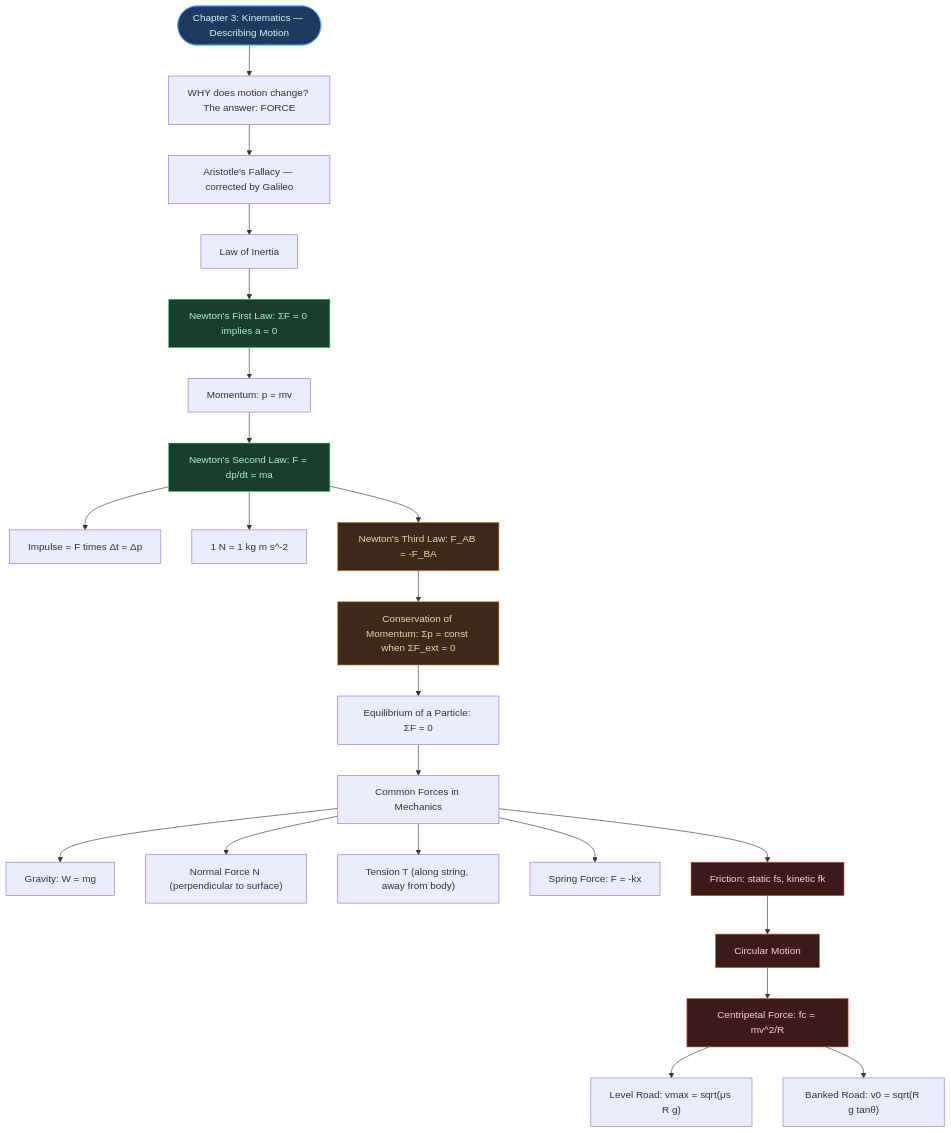
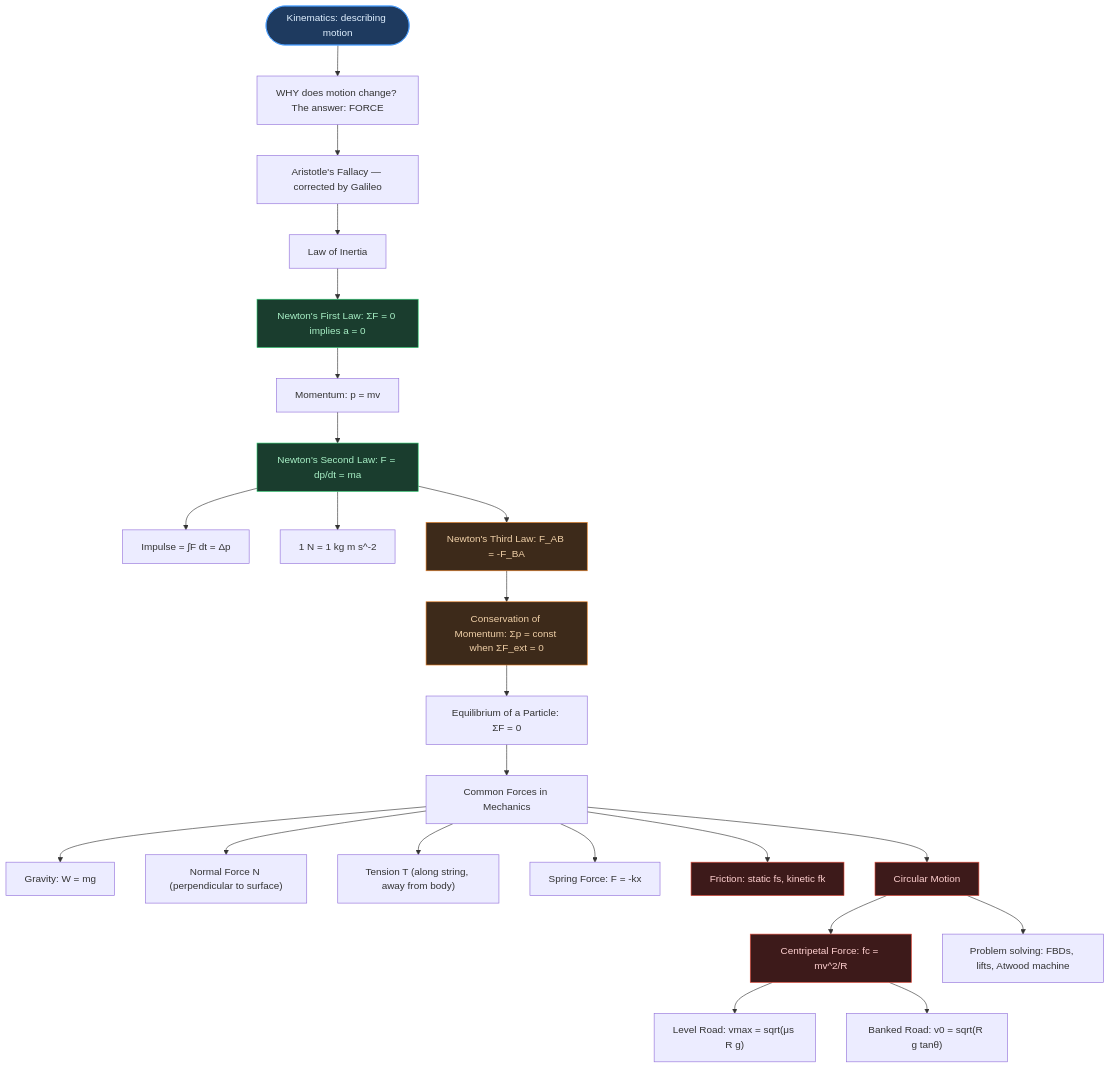
The first of 2 diagrams in AI-NOTES/PHYSICS/PHYSICS04-LAWS_OF_MOTION/PHYSICS04-LAWS_OF_MOTION-NOTES.md (fsr-science/NCERT-Science), drawn with Mermaid before and after one commit. The commit also changed other lines of this file and 3 other files, not shown here.

````diff
--- a/AI-NOTES/PHYSICS/PHYSICS04-LAWS_OF_MOTION/PHYSICS04-LAWS_OF_MOTION-NOTES.md
+++ b/AI-NOTES/PHYSICS/PHYSICS04-LAWS_OF_MOTION/PHYSICS04-LAWS_OF_MOTION-NOTES.md
@@ -8,34 +88,35 @@
 ```mermaid
 flowchart TD
-    A(["Chapter 3: Kinematics — Describing Motion"])
+    A(["Kinematics: describing motion"])
     A --> B["WHY does motion change? The answer: FORCE"]
     B --> C["Aristotle's Fallacy — corrected by Galileo"]
     C --> D["Law of Inertia"]
     D --> E["Newton's First Law: ΣF = 0 implies a = 0"]
     E --> F["Momentum: p = mv"]
     F --> G["Newton's Second Law: F = dp/dt = ma"]
-    G --> G1["Impulse = F times Δt = Δp"]
+    G --> G1["Impulse = ∫F dt = Δp"]
     G --> G2["1 N = 1 kg m s^-2"]
     G --> H["Newton's Third Law: F_AB = -F_BA"]
     H --> I["Conservation of Momentum: Σp = const when ΣF_ext = 0"]
     I --> J["Equilibrium of a Particle: ΣF = 0"]
     J --> K["Common Forces in Mechanics"]
     K --> K1["Gravity: W = mg"]
     K --> K2["Normal Force N (perpendicular to surface)"]
     K --> K3["Tension T (along string, away from body)"]
     K --> K4["Spring Force: F = -kx"]
     K --> K5["Friction: static fs, kinetic fk"]
-    K5 --> L["Circular Motion"]
+    K --> L["Circular Motion"]
     L --> L1["Centripetal Force: fc = mv^2/R"]
     L1 --> L2["Level Road: vmax = sqrt(μs R g)"]
     L1 --> L3["Banked Road: v0 = sqrt(R g tanθ)"]
+    L --> M["Problem solving: FBDs, lifts, Atwood machine"]
 
     style A fill:#1e3a5f,color:#e0f0ff,stroke:#4a9eff
     style E fill:#1a3d2e,color:#a8f0c6,stroke:#2ecc71
     style G fill:#1a3d2e,color:#a8f0c6,stroke:#2ecc71
     style H fill:#3d2a1a,color:#f0d0a8,stroke:#e67e22
     style I fill:#3d2a1a,color:#f0d0a8,stroke:#e67e22
     style K5 fill:#3d1a1a,color:#ffd0d0,stroke:#e74c3c
     style L fill:#3d1a1a,color:#ffd0d0,stroke:#e74c3c
     style L1 fill:#3d1a1a,color:#ffd0d0,stroke:#e74c3c
 ```
````
